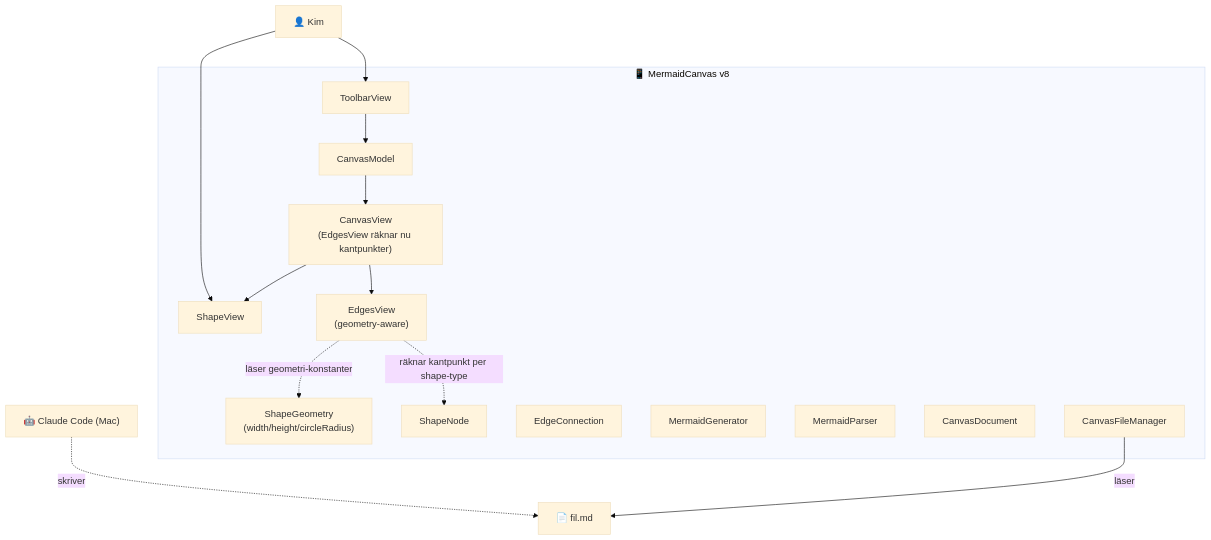
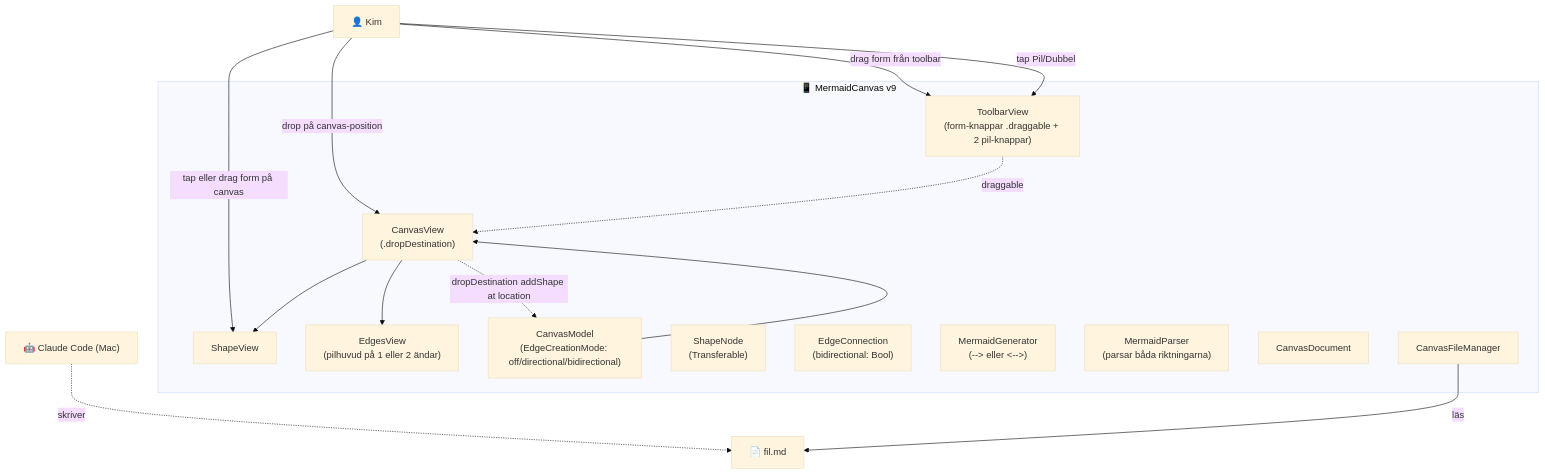
Before and after one commit to kim0scar/MermaidCanvas: the diagram in ARKITEKTUR-MERMAID.md, drawn with Mermaid (base theme). The commit also changed other lines of this file and 9 other files, not shown here.

First line of the commit message:
v9: dra-ut former + dubbel-pil

````diff
--- a/ARKITEKTUR-MERMAID.md
+++ b/ARKITEKTUR-MERMAID.md
@@ -10,33 +8,36 @@
 ```mermaid
 flowchart TD
     Kim["👤 Kim"]
     Claude["🤖 Claude Code (Mac)"]
 
-    subgraph App["📱 MermaidCanvas v8"]
-        ToolbarView["ToolbarView"]
-        CanvasView["CanvasView<br/>(EdgesView räknar nu kantpunkter)"]
+    subgraph App["📱 MermaidCanvas v9"]
+        ToolbarView["ToolbarView<br/>(form-knappar .draggable + 2 pil-knappar)"]
+        CanvasView["CanvasView<br/>(.dropDestination)"]
         ShapeView["ShapeView"]
-        EdgesView["EdgesView<br/>(geometry-aware)"]
-        ShapeGeometry["ShapeGeometry<br/>(width/height/circleRadius)"]
-        CanvasModel["CanvasModel"]
-        ShapeNode["ShapeNode"]
-        EdgeConnection["EdgeConnection"]
-        MermaidGenerator["MermaidGenerator"]
-        MermaidParser["MermaidParser"]
+        EdgesView["EdgesView<br/>(pilhuvud på 1 eller 2 ändar)"]
+        CanvasModel["CanvasModel<br/>(EdgeCreationMode: off/directional/bidirectional)"]
+        ShapeNode["ShapeNode<br/>(Transferable)"]
+        EdgeConnection["EdgeConnection<br/>(bidirectional: Bool)"]
+        MermaidGenerator["MermaidGenerator<br/>(--> eller <-->)"]
+        MermaidParser["MermaidParser<br/>(parsar båda riktningarna)"]
         CanvasDocument["CanvasDocument"]
         CanvasFileManager["CanvasFileManager"]
     end
 
     File["📄 fil.md"]
 
-    Kim --> ToolbarView
-    Kim --> ShapeView
-    ToolbarView --> CanvasModel
+    Kim -->|drag form från toolbar| ToolbarView
+    Kim -->|drop på canvas-position| CanvasView
+    Kim -->|tap eller drag form på canvas| ShapeView
+    Kim -->|tap Pil/Dubbel| ToolbarView
+
+    ToolbarView -.draggable.-> CanvasView
+    CanvasView -.dropDestination addShape at location.-> CanvasModel
+
     CanvasModel --> CanvasView
     CanvasView --> ShapeView
     CanvasView --> EdgesView
-    EdgesView -.läser geometri-konstanter.-> ShapeGeometry
-    EdgesView -.räknar kantpunkt per shape-type.-> ShapeNode
+
     Claude -.->|skriver| File
-    CanvasFileManager -->|läser| File
+    CanvasFileManager -->|läs| File
 ```
````
